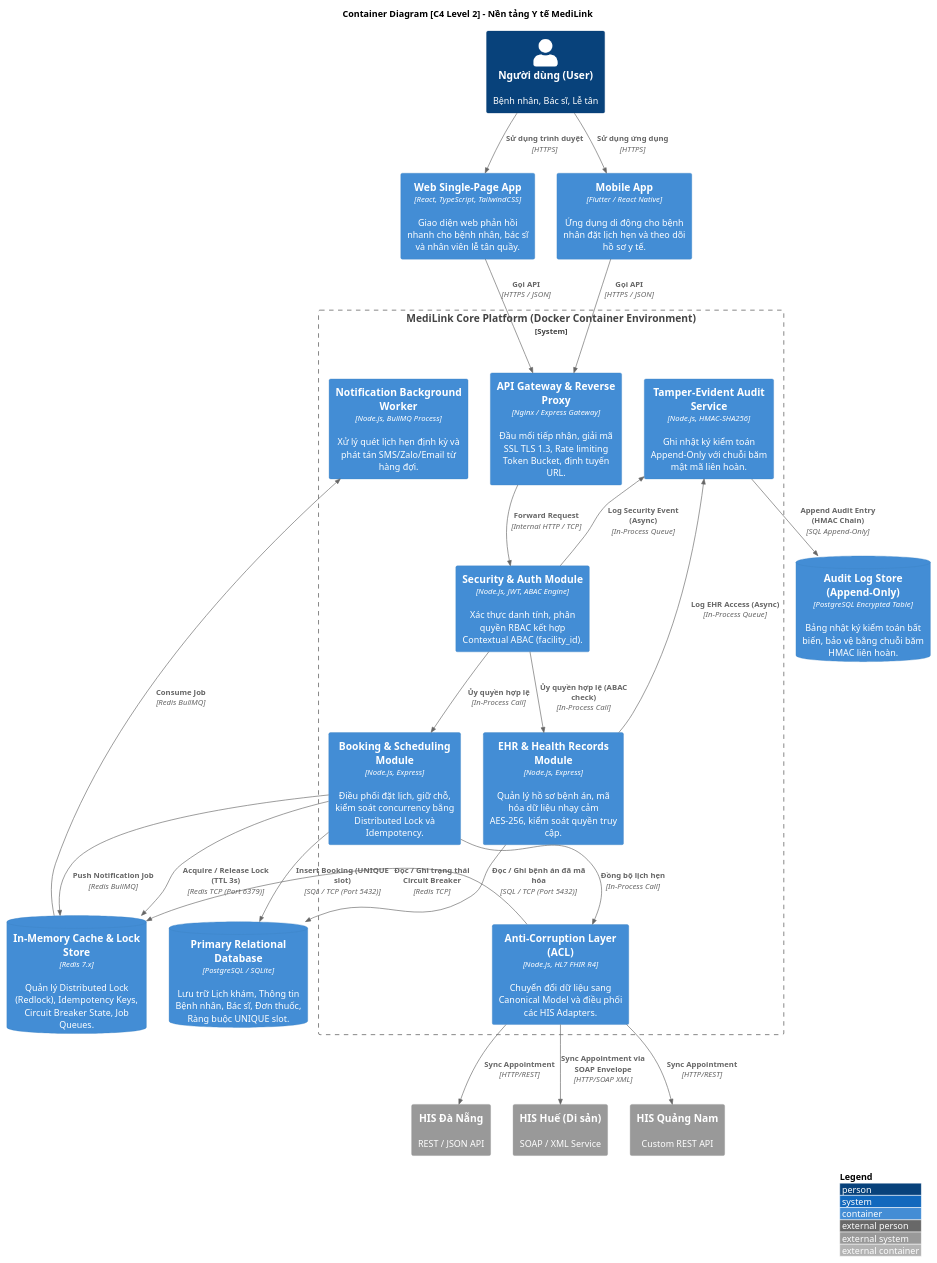
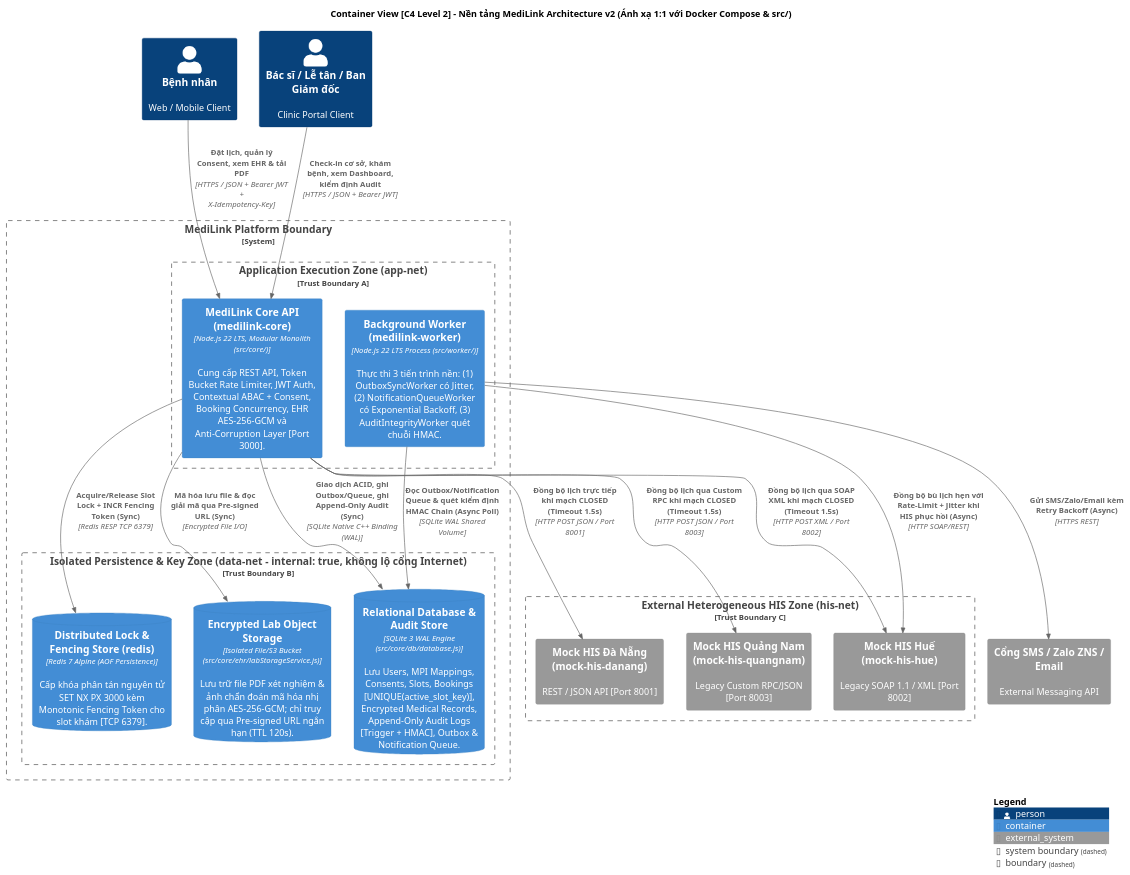
One commit to Baohy-14/-SE403-Group-Project changed the diagram in diagrams/c4-container.puml. Above: the diagram before and after it, drawn with PlantUML. The commit also changed 23 other files, not shown here.

Commit message:
docs(architecture): cap nhat day du ho so M0-M5, 7 ADRs (v2 Outbox/ObjectStorage) va 6 so do C4

```diff
--- a/diagrams/c4-container.puml
+++ b/diagrams/c4-container.puml
@@ -1,58 +1,49 @@
 @startuml C4_Container_MediLink
 !include https://raw.githubusercontent.com/plantuml-stdlib/C4-PlantUML/master/C4_Container.puml
 
 LAYOUT_WITH_LEGEND()
 
-title Container Diagram [C4 Level 2] - Nền tảng Y tế MediLink
+title Container View [C4 Level 2] - Nền tảng MediLink Architecture v2 (Ánh xạ 1:1 với Docker Compose & src/)
 
-Person(user, "Người dùng (User)", "Bệnh nhân, Bác sĩ, Lễ tân")
+Person(patient, "Bệnh nhân", "Web / Mobile Client")
+Person(staff, "Bác sĩ / Lễ tân / Ban Giám đốc", "Clinic Portal Client")
 
-Container(spa, "Web Single-Page App", "React, TypeScript, TailwindCSS", "Giao diện web phản hồi nhanh cho bệnh nhân, bác sĩ và nhân viên lễ tân quầy.")
-Container(mobile, "Mobile App", "Flutter / React Native", "Ứng dụng di động cho bệnh nhân đặt lịch hẹn và theo dõi hồ sơ y tế.")
+System_Boundary(medilink_sys, "MediLink Platform Boundary") {
 
-System_Boundary(medilink_core, "MediLink Core Platform (Docker Container Environment)") {
-    Container(api_gw, "API Gateway & Reverse Proxy", "Nginx / Express Gateway", "Đầu mối tiếp nhận, giải mã SSL TLS 1.3, Rate limiting Token Bucket, định tuyến URL.")
-    Container(auth_mod, "Security & Auth Module", "Node.js, JWT, ABAC Engine", "Xác thực danh tính, phân quyền RBAC kết hợp Contextual ABAC (facility_id).")
-    Container(booking_mod, "Booking & Scheduling Module", "Node.js, Express", "Điều phối đặt lịch, giữ chỗ, kiểm soát concurrency bằng Distributed Lock và Idempotency.")
-    Container(ehr_mod, "EHR & Health Records Module", "Node.js, Express", "Quản lý hồ sơ bệnh án, mã hóa dữ liệu nhạy cảm AES-256, kiểm soát quyền truy cập.")
-    Container(acl_mod, "Anti-Corruption Layer (ACL)", "Node.js, HL7 FHIR R4", "Chuyển đổi dữ liệu sang Canonical Model và điều phối các HIS Adapters.")
-    Container(audit_mod, "Tamper-Evident Audit Service", "Node.js, HMAC-SHA256", "Ghi nhật ký kiểm toán Append-Only với chuỗi băm mật mã liên hoàn.")
-    Container(notif_worker, "Notification Background Worker", "Node.js, BullMQ Process", "Xử lý quét lịch hẹn định kỳ và phát tán SMS/Zalo/Email từ hàng đợi.")
+    Boundary(tb_app, "Application Execution Zone (app-net)", "Trust Boundary A") {
+        Container(core_api, "MediLink Core API (medilink-core)", "Node.js 22 LTS, Modular Monolith (src/core/)", "Cung cấp REST API, Token Bucket Rate Limiter, JWT Auth, Contextual ABAC + Consent, Booking Concurrency, EHR AES-256-GCM và Anti-Corruption Layer [Port 3000].")
+        Container(bg_worker, "Background Worker (medilink-worker)", "Node.js 22 LTS Process (src/worker/)", "Thực thi 3 tiến trình nền: (1) OutboxSyncWorker có Jitter, (2) NotificationQueueWorker có Exponential Backoff, (3) AuditIntegrityWorker quét chuỗi HMAC.")
+    }
+
+    Boundary(tb_data, "Isolated Persistence & Key Zone (data-net - internal: true, không lộ cổng Internet)", "Trust Boundary B") {
+        ContainerDb(redis_lock, "Distributed Lock & Fencing Store (redis)", "Redis 7 Alpine (AOF Persistence)", "Cấp khóa phân tán nguyên tử SET NX PX 3000 kèm Monotonic Fencing Token cho slot khám [TCP 6379].")
+        ContainerDb(sqlite_db, "Relational Database & Audit Store", "SQLite 3 WAL Engine (src/core/db/database.js)", "Lưu Users, MPI Mappings, Consents, Slots, Bookings [UNIQUE(active_slot_key)], Encrypted Medical Records, Append-Only Audit Logs [Trigger + HMAC], Outbox & Notification Queue.")
+        ContainerDb(obj_store, "Encrypted Lab Object Storage", "Isolated File/S3 Bucket (src/core/ehr/labStorageService.js)", "Lưu trữ file PDF xét nghiệm & ảnh chẩn đoán mã hóa nhị phân AES-256-GCM; chỉ truy cập qua Pre-signed URL ngắn hạn (TTL 120s).")
+    }
 }
 
-ContainerDb(redis_store, "In-Memory Cache & Lock Store", "Redis 7.x", "Quản lý Distributed Lock (Redlock), Idempotency Keys, Circuit Breaker State, Job Queues.")
-ContainerDb(main_db, "Primary Relational Database", "PostgreSQL / SQLite", "Lưu trữ Lịch khám, Thông tin Bệnh nhân, Bác sĩ, Đơn thuốc, Ràng buộc UNIQUE slot.")
-ContainerDb(audit_db, "Audit Log Store (Append-Only)", "PostgreSQL Encrypted Table", "Bảng nhật ký kiểm toán bất biến, bảo vệ bằng chuỗi băm HMAC liên hoàn.")
+Boundary(tb_ext_his, "External Heterogeneous HIS Zone (his-net)", "Trust Boundary C") {
+    System_Ext(mock_dn, "Mock HIS Đà Nẵng (mock-his-danang)", "REST / JSON API [Port 8001]")
+    System_Ext(mock_hue, "Mock HIS Huế (mock-his-hue)", "Legacy SOAP 1.1 / XML [Port 8002]")
+    System_Ext(mock_qn, "Mock HIS Quảng Nam (mock-his-quangnam)", "Legacy Custom RPC/JSON [Port 8003]")
+}
 
-System_Ext(his_danang, "HIS Đà Nẵng", "REST / JSON API")
-System_Ext(his_hue, "HIS Huế (Di sản)", "SOAP / XML Service")
-System_Ext(his_quangnam, "HIS Quảng Nam", "Custom REST API")
+System_Ext(notif_gw, "Cổng SMS / Zalo ZNS / Email", "External Messaging API")
 
-Rel(user, spa, "Sử dụng trình duyệt", "HTTPS")
-Rel(user, mobile, "Sử dụng ứng dụng", "HTTPS")
+Rel(patient, core_api, "Đặt lịch, quản lý Consent, xem EHR & tải PDF", "HTTPS / JSON + Bearer JWT + X-Idempotency-Key")
+Rel(staff, core_api, "Check-in cơ sở, khám bệnh, xem Dashboard, kiểm định Audit", "HTTPS / JSON + Bearer JWT")
 
-Rel(spa, api_gw, "Gọi API", "HTTPS / JSON")
-Rel(mobile, api_gw, "Gọi API", "HTTPS / JSON")
+Rel(core_api, redis_lock, "Acquire/Release Slot Lock + INCR Fencing Token (Sync)", "Redis RESP TCP 6379")
+Rel(core_api, sqlite_db, "Giao dịch ACID, ghi Outbox/Queue, ghi Append-Only Audit (Sync)", "SQLite Native C++ Binding (WAL)")
+Rel(core_api, obj_store, "Mã hóa lưu file & đọc giải mã qua Pre-signed URL (Sync)", "Encrypted File I/O")
 
-Rel(api_gw, auth_mod, "Forward Request", "Internal HTTP / TCP")
-Rel(auth_mod, booking_mod, "Ủy quyền hợp lệ", "In-Process Call")
-Rel(auth_mod, ehr_mod, "Ủy quyền hợp lệ (ABAC check)", "In-Process Call")
+Rel(core_api, mock_dn, "Đồng bộ lịch trực tiếp khi mạch CLOSED (Timeout 1.5s)", "HTTP POST JSON / Port 8001")
+Rel(core_api, mock_hue, "Đồng bộ lịch qua SOAP XML khi mạch CLOSED (Timeout 1.5s)", "HTTP POST XML / Port 8002")
+Rel(core_api, mock_qn, "Đồng bộ lịch qua Custom RPC khi mạch CLOSED (Timeout 1.5s)", "HTTP POST JSON / Port 8003")
 
-Rel(booking_mod, redis_store, "Acquire / Release Lock (TTL 3s)", "Redis TCP (Port 6379)")
-Rel(booking_mod, main_db, "Insert Booking (UNIQUE slot)", "SQL / TCP (Port 5432)")
-Rel(booking_mod, acl_mod, "Đồng bộ lịch hẹn", "In-Process Call")
+Rel(bg_worker, sqlite_db, "Đọc Outbox/Notification Queue & quét kiểm định HMAC Chain (Async Poll)", "SQLite WAL Shared Volume")
+Rel(bg_worker, mock_hue, "Đồng bộ bù lịch hẹn với Rate-Limit + Jitter khi HIS phục hồi (Async)", "HTTP SOAP/REST")
+Rel(bg_worker, notif_gw, "Gửi SMS/Zalo/Email kèm Retry Backoff (Async)", "HTTPS REST")
 
-Rel(ehr_mod, main_db, "Đọc / Ghi bệnh án đã mã hóa", "SQL / TCP (Port 5432)")
-Rel_Back(audit_mod, auth_mod, "Log Security Event (Async)", "In-Process Queue")
-Rel_Back(audit_mod, ehr_mod, "Log EHR Access (Async)", "In-Process Queue")
-Rel(audit_mod, audit_db, "Append Audit Entry (HMAC Chain)", "SQL Append-Only")
-
-Rel(acl_mod, redis_store, "Đọc / Ghi trạng thái Circuit Breaker", "Redis TCP")
-Rel(acl_mod, his_danang, "Sync Appointment", "HTTP/REST")
-Rel(acl_mod, his_hue, "Sync Appointment via SOAP Envelope", "HTTP/SOAP XML")
-Rel(acl_mod, his_quangnam, "Sync Appointment", "HTTP/REST")
-
-Rel(booking_mod, redis_store, "Push Notification Job", "Redis BullMQ")
-Rel(redis_store, notif_worker, "Consume Job", "Redis BullMQ")
-
+SHOW_LEGEND()
 @enduml
```
